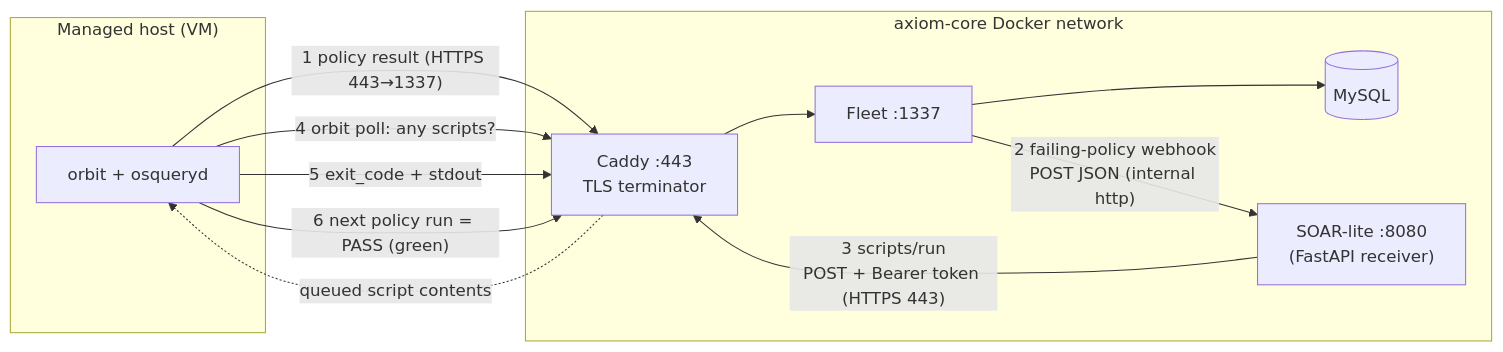
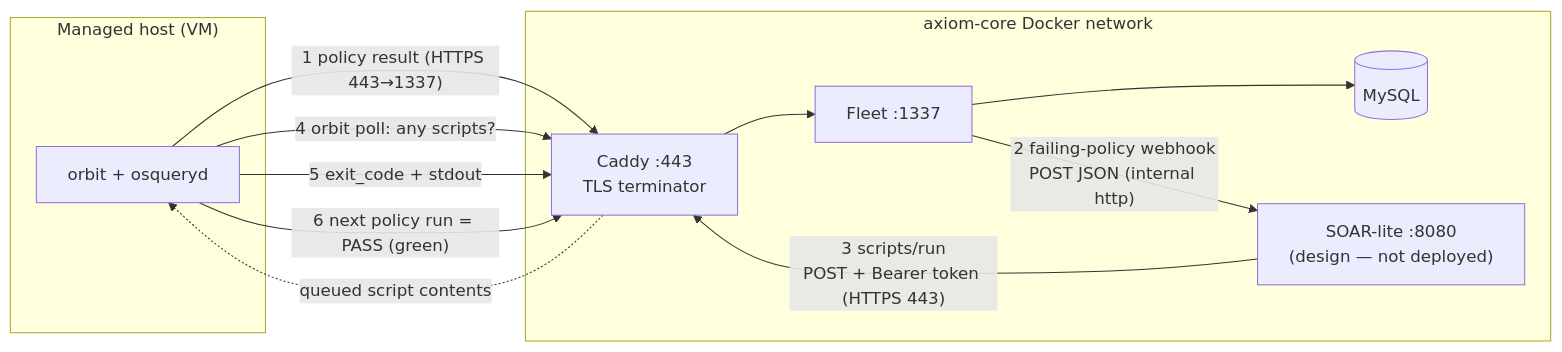
The first of 7 diagrams in docs/encyclopedia/10-automation-and-ir.md (worthingtontech/axiom-fleet-mdm-lab), drawn with Mermaid before and after one commit. The commit also changed other lines of this file and 13 other files, not shown here.

````diff
--- a/docs/encyclopedia/10-automation-and-ir.md
+++ b/docs/encyclopedia/10-automation-and-ir.md
@@ -6,19 +8,19 @@
 ```mermaid
 flowchart LR
   subgraph host["Managed host (VM)"]
     orb["orbit + osqueryd"]
   end
   subgraph core["axiom-core Docker network"]
     caddy["Caddy :443<br/>TLS terminator"]
     fleet["Fleet :1337"]
-    soar["SOAR-lite :8080<br/>(FastAPI receiver)"]
+    soar["SOAR-lite :8080<br/>(design — not deployed)"]
     db[("MySQL")]
   end
   orb -- "1 policy result (HTTPS 443→1337)" --> caddy --> fleet --> db
   fleet -- "2 failing-policy webhook<br/>POST JSON (internal http)" --> soar
   soar -- "3 scripts/run<br/>POST + Bearer token (HTTPS 443)" --> caddy
   orb -- "4 orbit poll: any scripts?" --> caddy
   caddy -. "queued script contents" .-> orb
   orb -- "5 exit_code + stdout" --> caddy
   orb -- "6 next policy run = PASS (green)" --> caddy
 ```
````
